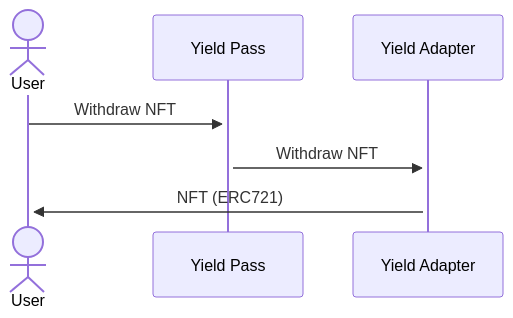
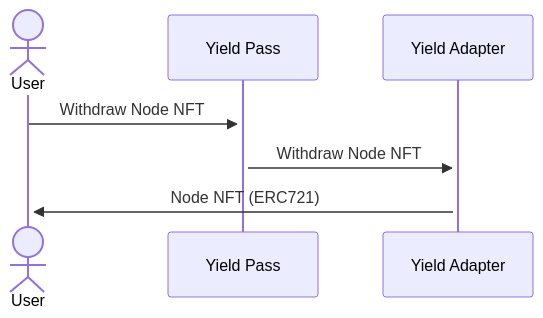
Before and after one commit to metastreet-labs/metastreet-yield-pass: the fifth of 5 diagrams in docs/DESIGN.md, drawn with Mermaid. The commit also changed other lines of this file and 1 other file, not shown here.

````diff
--- a/docs/DESIGN.md
+++ b/docs/DESIGN.md
@@ -147,7 +148,7 @@
 ```mermaid
 sequenceDiagram
     actor User
-    User->>+Yield Pass: Withdraw NFT
-    Yield Pass->>+Yield Adapter: Withdraw NFT
-    Yield Adapter->>+User: NFT (ERC721)
+    User->>+Yield Pass: Withdraw Node NFT
+    Yield Pass->>+Yield Adapter: Withdraw Node NFT
+    Yield Adapter->>+User: Node NFT (ERC721)
 ```
````
